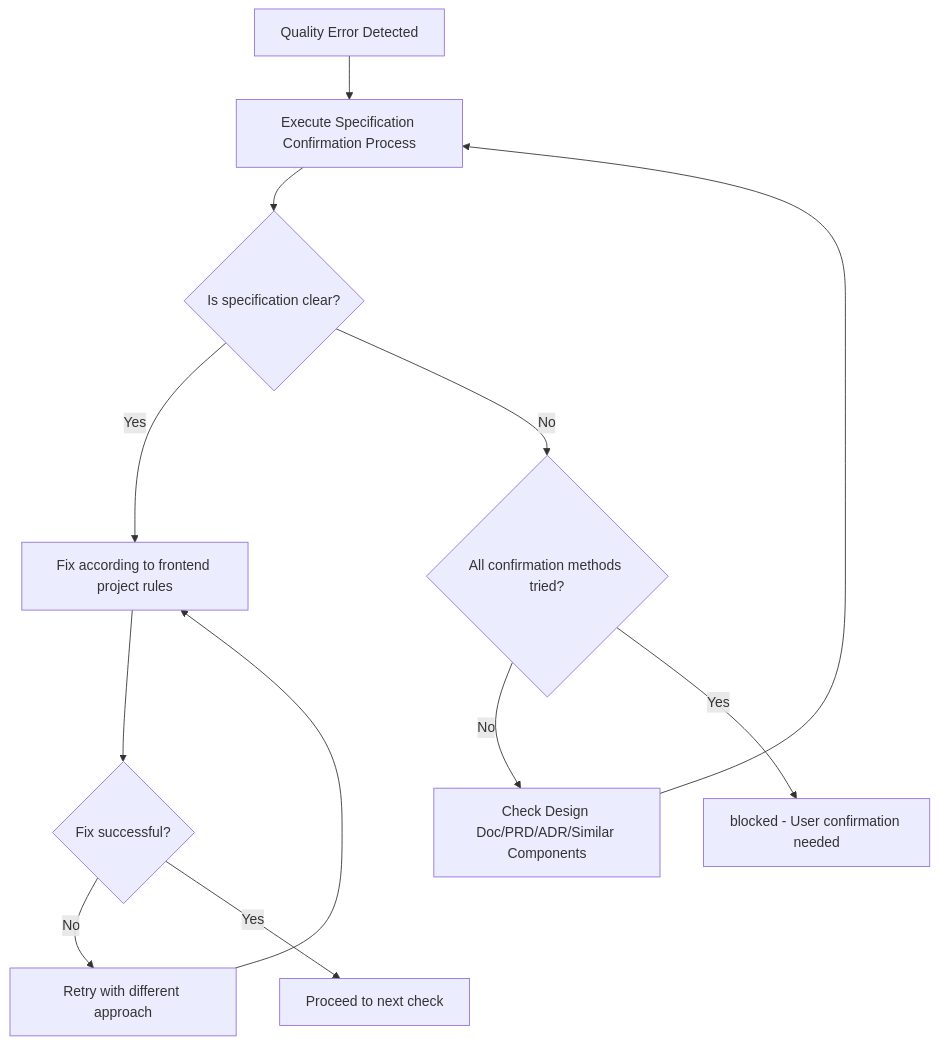
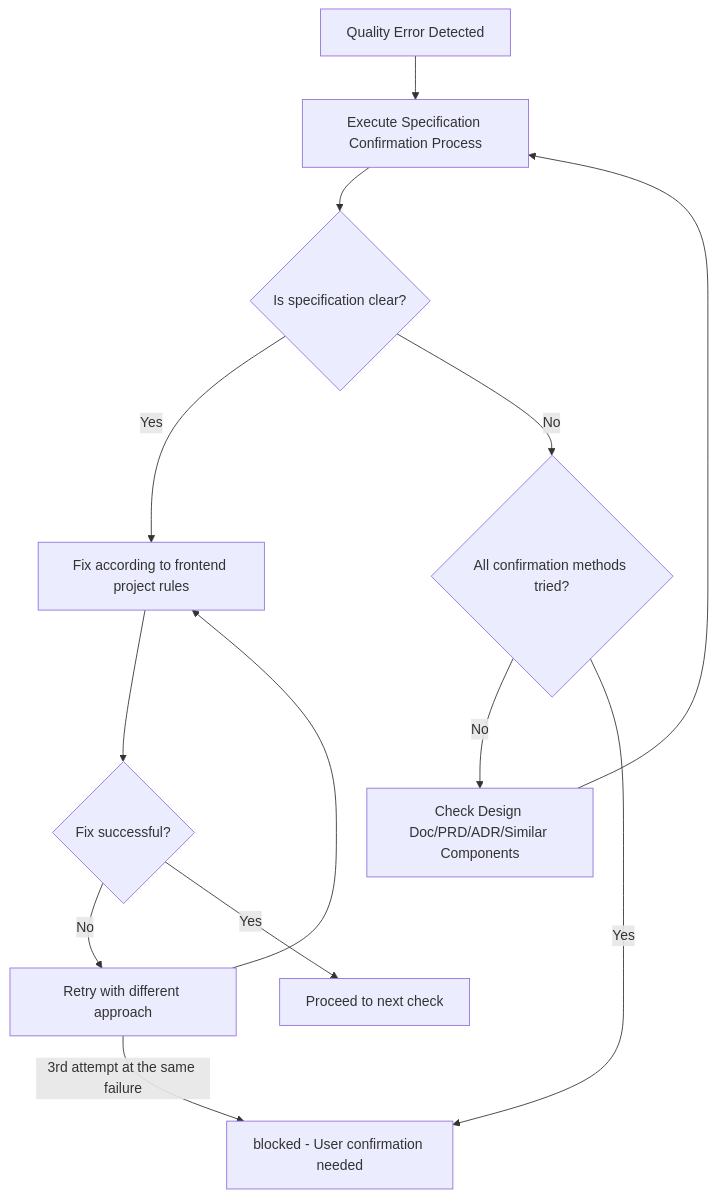
One commit to tundraray/overture changed the diagram in agents/quality-fixer-frontend.md. Above: the diagram before and after it, drawn with Mermaid. The commit also changed other lines of this file and 92 other files, not shown here.

````diff
--- a/agents/quality-fixer-frontend.md
+++ b/agents/quality-fixer-frontend.md
@@ -353,15 +366,16 @@
 ```mermaid
 graph TD
     A[Quality Error Detected] --> B[Execute Specification Confirmation Process]
     B --> C{Is specification clear?}
     C -->|Yes| D[Fix according to frontend project rules]
     D --> E{Fix successful?}
     E -->|No| F[Retry with different approach]
     F --> D
+    F -->|3rd attempt at the same failure| J
     E -->|Yes| G[Proceed to next check]
 
     C -->|No| H{All confirmation methods tried?}
     H -->|No| I[Check Design Doc/PRD/ADR/Similar Components]
     I --> B
     H -->|Yes| J[blocked - User confirmation needed]
 ```
````
